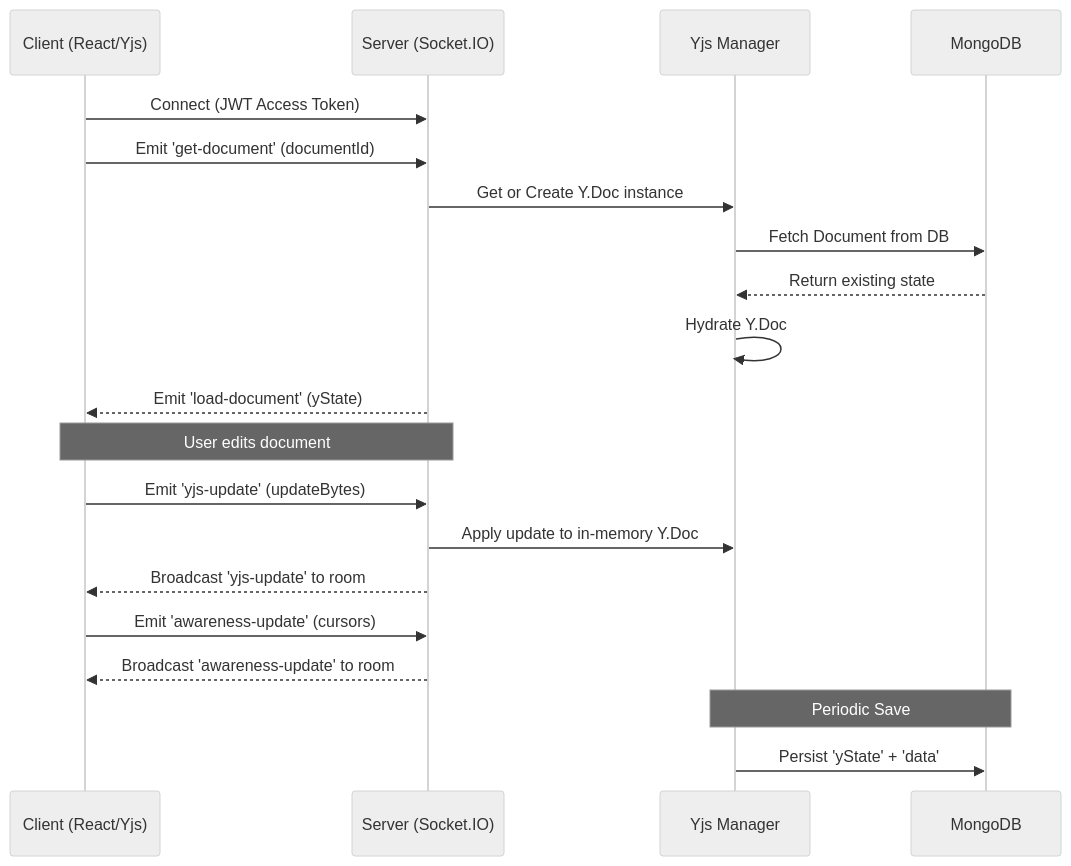
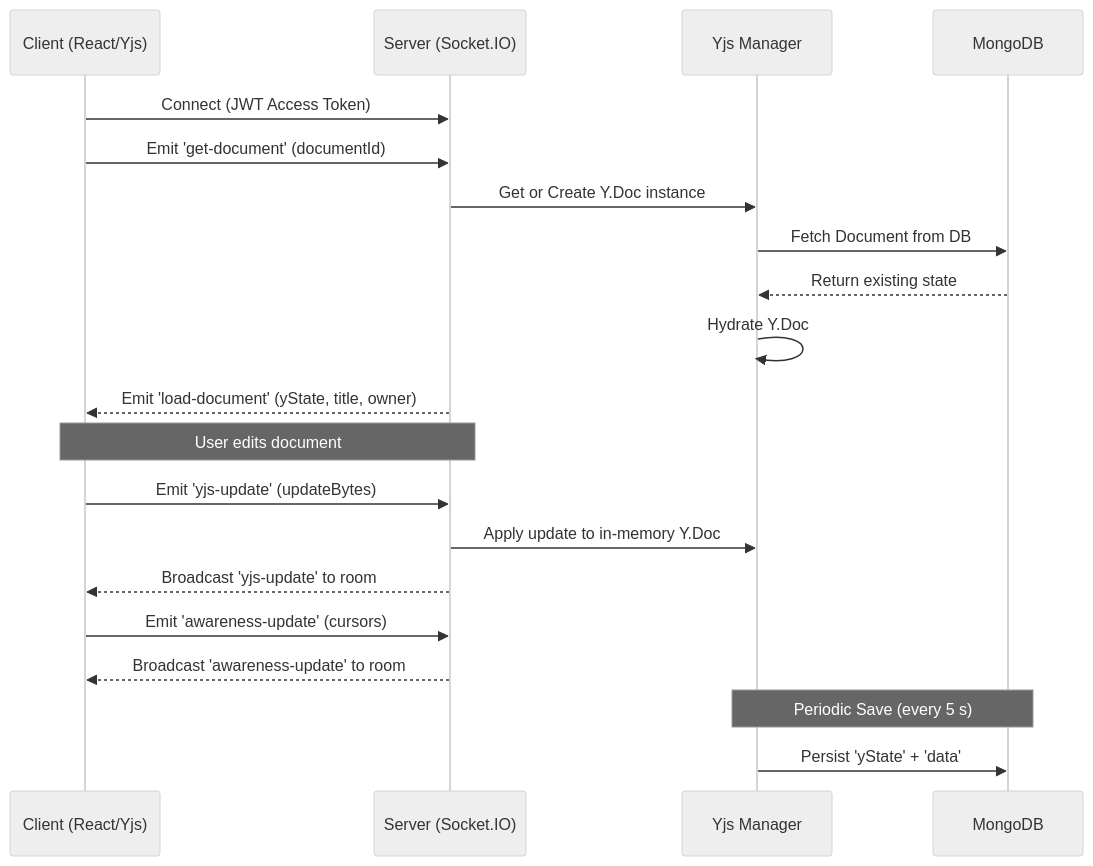
One commit to abhoy009/MeDocs changed the third of 3 diagrams in README.md. Above: the diagram before and after it, drawn with Mermaid (neutral theme). The commit also changed other lines of this file and 3 other files, not shown here.

````diff
--- a/README.md
+++ b/README.md
@@ -153,26 +139,26 @@
 ```mermaid
 sequenceDiagram
     participant C as Client (React/Yjs)
     participant S as Server (Socket.IO)
     participant Y as Yjs Manager
     participant DB as MongoDB
 
     C->>S: Connect (JWT Access Token)
     C->>S: Emit 'get-document' (documentId)
     S->>Y: Get or Create Y.Doc instance
     Y->>DB: Fetch Document from DB
     DB-->>Y: Return existing state
     Y->>Y: Hydrate Y.Doc
-    S-->>C: Emit 'load-document' (yState)
+    S-->>C: Emit 'load-document' (yState, title, owner)
 
     Note over C, S: User edits document
     C->>S: Emit 'yjs-update' (updateBytes)
     S->>Y: Apply update to in-memory Y.Doc
     S-->>C: Broadcast 'yjs-update' to room
 
     C->>S: Emit 'awareness-update' (cursors)
     S-->>C: Broadcast 'awareness-update' to room
 
-    Note over Y, DB: Periodic Save
+    Note over Y, DB: Periodic Save (every 5 s)
     Y->>DB: Persist 'yState' + 'data'
 ```
````
